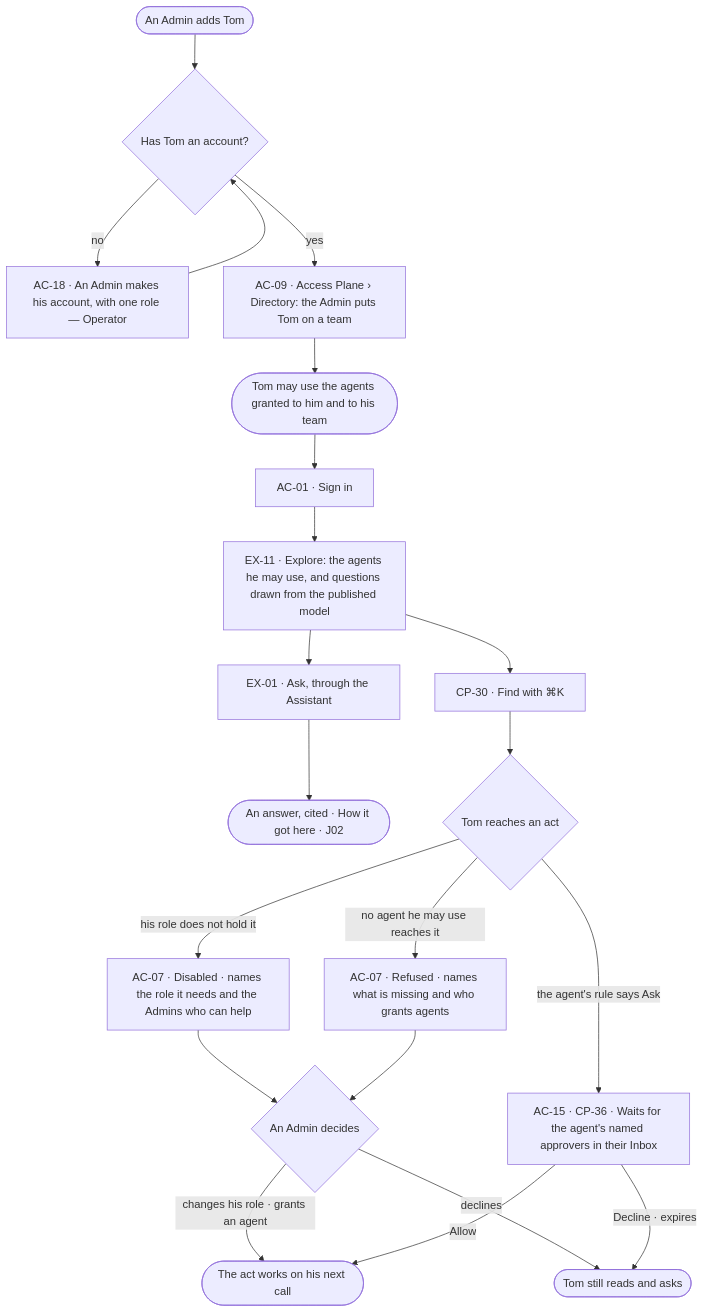
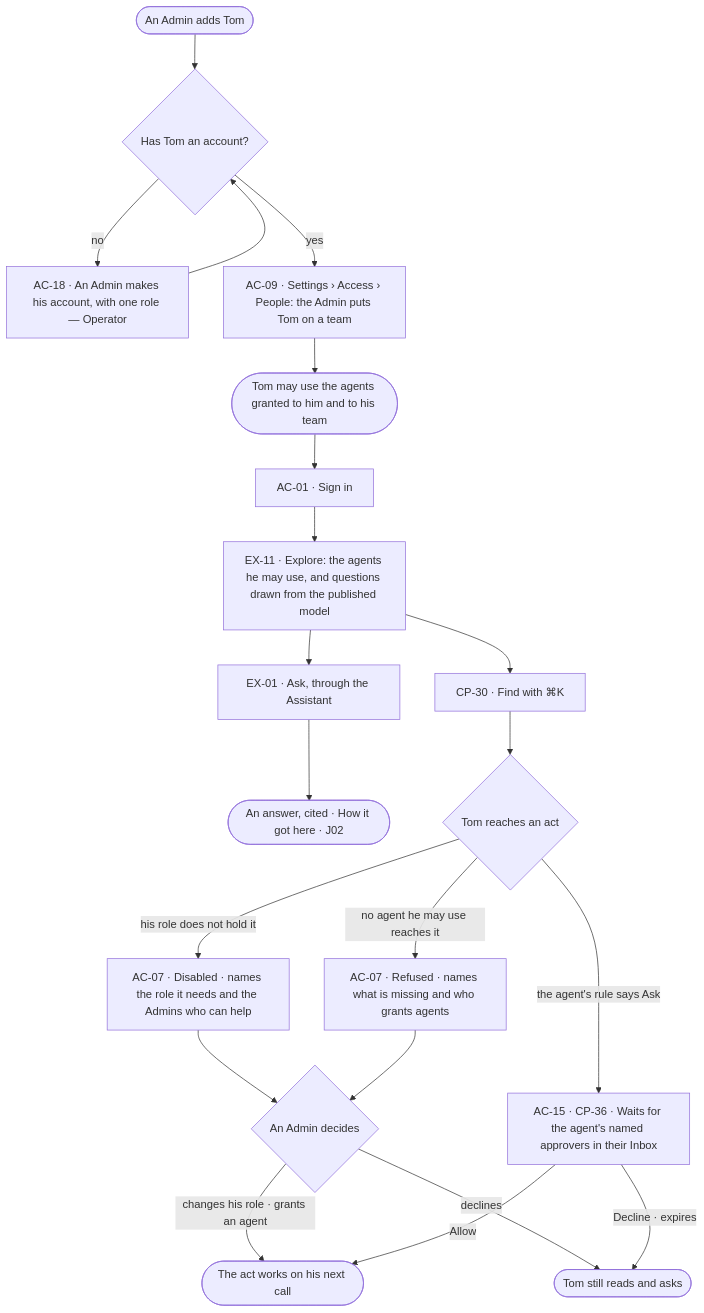
Before and after one commit to invana/invana: the diagram in specs/journeys/J05-join-a-team.md, drawn with Mermaid. The commit also changed 106 other files, not shown here.

````diff
--- a/specs/journeys/J05-join-a-team.md
+++ b/specs/journeys/J05-join-a-team.md
@@ -16,21 +16,21 @@
 ```mermaid
 flowchart TD
   P([An Admin adds Tom]) --> Q{"Has Tom an account?"}
   Q -->|no| Q2["AC-18 · An Admin makes his account, with one role — Operator"] --> Q
-  Q -->|yes| T["AC-09 · Access Plane › Directory: the Admin puts Tom on a team"]
+  Q -->|yes| T["AC-09 · Settings › Access › People: the Admin puts Tom on a team"]
   T --> A(["Tom may use the agents granted to him and to his team"])
   A --> B["AC-01 · Sign in"]
   B --> D["EX-11 · Explore: the agents he may use, and questions drawn from the published model"]
   D --> E["EX-01 · Ask, through the Assistant"]
   E --> F(["An answer, cited · How it got here · J02"])
   D --> G["CP-30 · Find with ⌘K"]
   G --> H{"Tom reaches an act"}
   H -->|his role does not hold it| I["AC-07 · Disabled · names the role it needs and the Admins who can help"]
   I --> K{"An Admin decides"}
   K -->|changes his role · grants an agent| M(["The act works on his next call"])
   K -->|declines| N(["Tom still reads and asks"])
   H -->|the agent's rule says Ask| AS["AC-15 · CP-36 · Waits for the agent's named approvers in their Inbox"]
   AS -->|Allow| M
   AS -->|Decline · expires| N
   H -->|no agent he may use reaches it| R["AC-07 · Refused · names what is missing and who grants agents"] --> K
 ```
````
